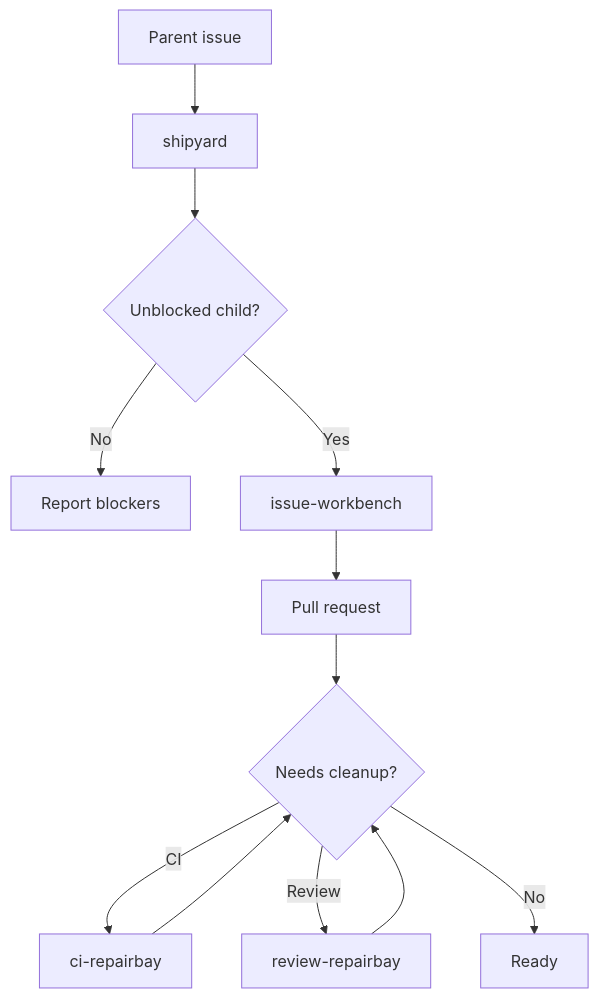
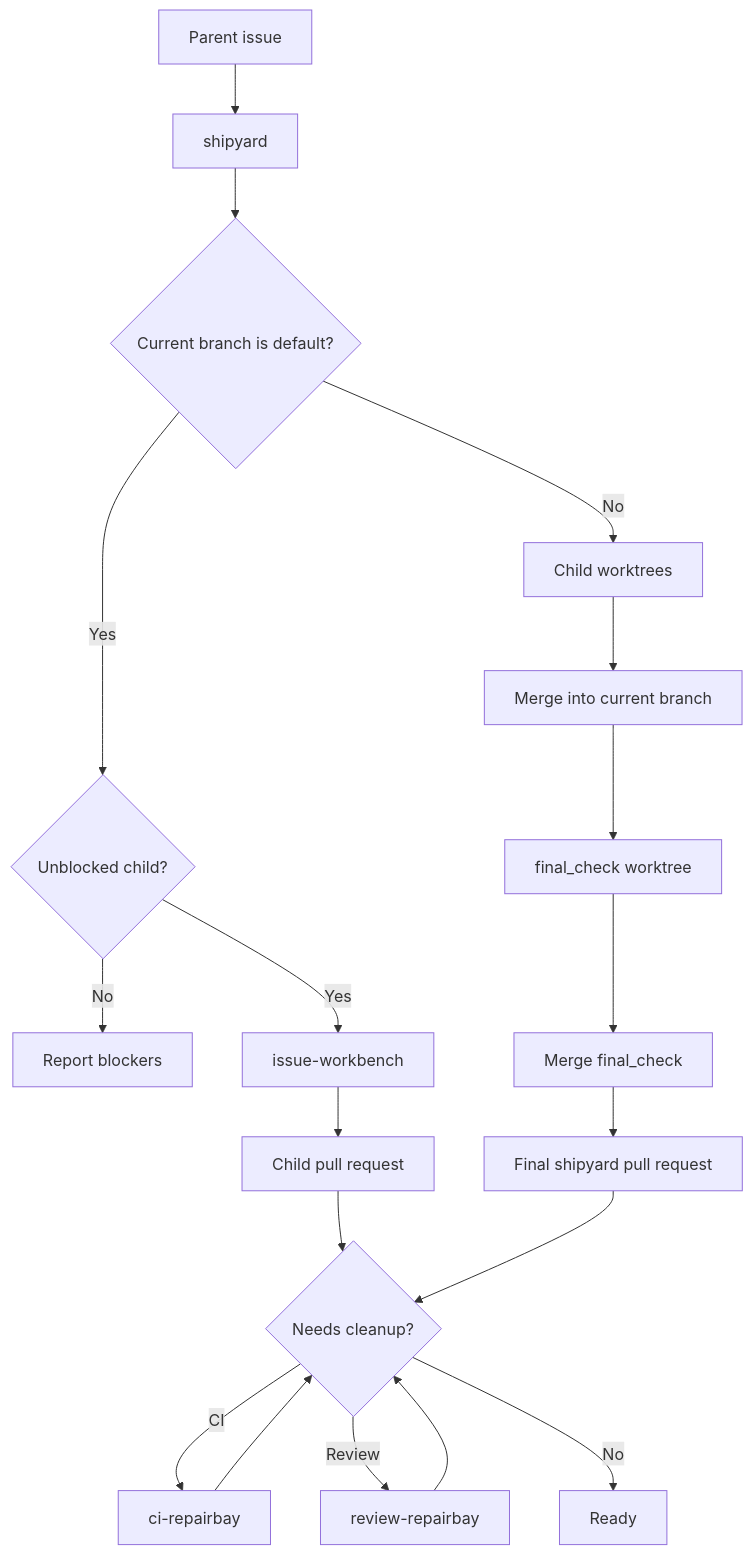
Before and after one commit to HenryQW/skills: the fourth of 5 diagrams in README.md, drawn with Mermaid. The commit also changed other lines of this file and 8 other files, not shown here.

````diff
--- a/README.md
+++ b/README.md
@@ -86,14 +93,21 @@
 ```mermaid
 flowchart TD
   parent["Parent issue"] --> shipyard["shipyard"]
-  shipyard --> ready{"Unblocked child?"}
+  shipyard --> mode{"Current branch is default?"}
+  mode -->|Yes| ready{"Unblocked child?"}
   ready -->|No| blocked["Report blockers"]
   ready -->|Yes| workbench["issue-workbench"]
-  workbench --> pr["Pull request"]
-  pr --> cleanup{"Needs cleanup?"}
+  workbench --> child_pr["Child pull request"]
+  mode -->|No| worktrees["Child worktrees"]
+  worktrees --> integrate["Merge into current branch"]
+  integrate --> final_branch["final_check worktree"]
+  final_branch --> final_merge["Merge final_check"]
+  final_merge --> final_pr["Final shipyard pull request"]
+  child_pr --> cleanup{"Needs cleanup?"}
+  final_pr --> cleanup
   cleanup -->|CI| ci_repair["ci-repairbay"]
   cleanup -->|Review| review_repair["review-repairbay"]
   cleanup -->|No| done["Ready"]
   ci_repair --> cleanup
   review_repair --> cleanup
 ```
````
